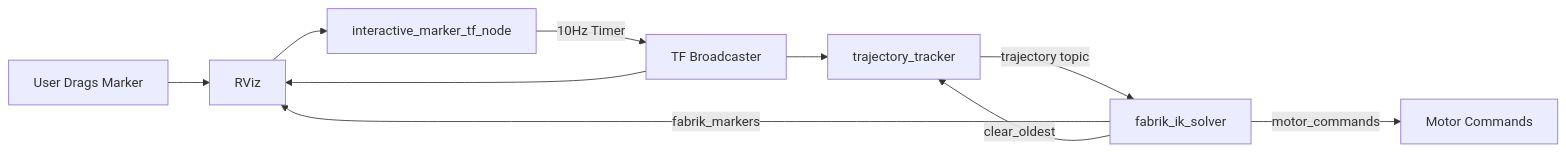
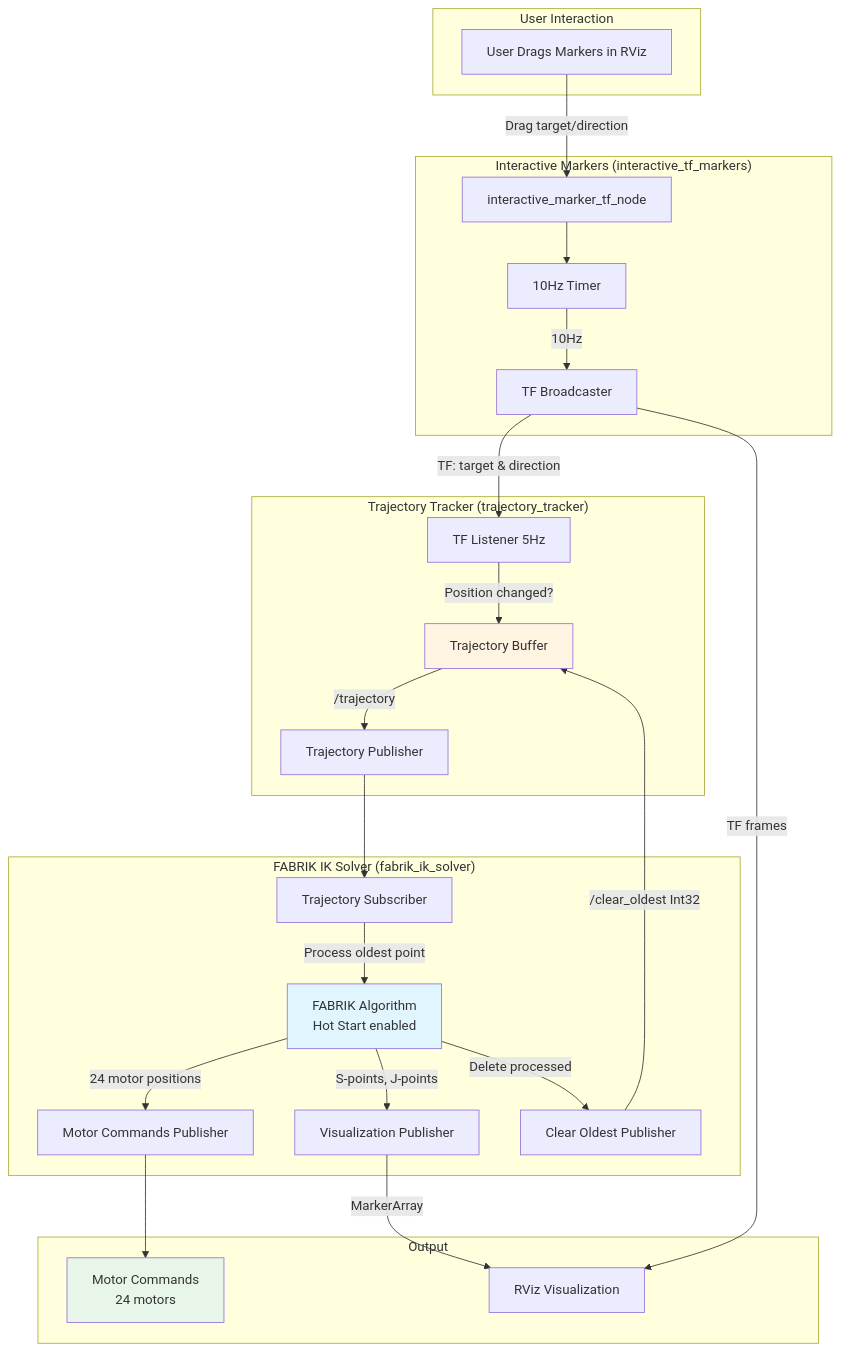
Before and after one commit to NanayasWorkshop/ros2_delta_robot: the diagram in ARCHITECTURE.md, drawn with Mermaid. The commit also changed other lines of this file and 2 other files, not shown here.

Commit message:
Add hot start optimization and approach point handling to FABRIK IK solver
- Hot start: Uses previous S/J points as starting position, reducing iterations from 50 to 5-7
- FABRIK solver instance persists across calls, storing last_s_points and last_j_points
- Approach point tracking: Detects when direction marker changes
- Adds 0.1mm offset to target when approach changes to force FABRIK iteration
- This ensures approach constraint is applied even when target position unchanged
- Added detailed logging to track hot start status and approach changes
- Updated ARCHITECTURE.md with detailed Mermaid diagram showing internal components
- Documented hot start mechanism and approach point handling in architecture

🤖 Generated with [Claude Code](https://claude.com/claude-code)

````diff
--- a/ARCHITECTURE.md
+++ b/ARCHITECTURE.md
@@ -8,12 +8,51 @@
 ```mermaid
-graph LR
-    USER[User Drags Marker] --> RVIZ[RViz]
-    RVIZ --> IM[interactive_marker_tf_node]
-    IM -->|10Hz Timer| TF[TF Broadcaster]
-    TF --> TRACKER[trajectory_tracker]
-    TF --> RVIZ
-    TRACKER -->|trajectory topic| FABRIK[fabrik_ik_solver]
-    FABRIK -->|motor_commands| MOTORS[Motor Commands]
-    FABRIK -->|fabrik_markers| RVIZ
-    FABRIK -->|clear_oldest| TRACKER
+graph TB
+    subgraph User["User Interaction"]
+        USER[User Drags Markers in RViz]
+    end
+
+    subgraph Markers["Interactive Markers (interactive_tf_markers)"]
+        IM[interactive_marker_tf_node]
+        TIMER[10Hz Timer]
+        TFPUB[TF Broadcaster]
+    end
+
+    subgraph Tracker["Trajectory Tracker (trajectory_tracker)"]
+        TFLISTEN[TF Listener 5Hz]
+        BUFFER[Trajectory Buffer]
+        TRAJ_PUB[Trajectory Publisher]
+    end
+
+    subgraph FABRIK["FABRIK IK Solver (fabrik_ik_solver)"]
+        IK_SUB[Trajectory Subscriber]
+        SOLVER[FABRIK Algorithm<br/>Hot Start enabled]
+        MOTORS_PUB[Motor Commands Publisher]
+        VIZ_PUB[Visualization Publisher]
+        CLEAR_PUB[Clear Oldest Publisher]
+    end
+
+    subgraph Output["Output"]
+        RVIZ[RViz Visualization]
+        MOTOR_CMD[Motor Commands<br/>24 motors]
+    end
+
+    USER -->|Drag target/direction| IM
+    IM --> TIMER
+    TIMER -->|10Hz| TFPUB
+    TFPUB -->|TF: target & direction| TFLISTEN
+    TFLISTEN -->|Position changed?| BUFFER
+    BUFFER -->|/trajectory| TRAJ_PUB
+    TRAJ_PUB --> IK_SUB
+    IK_SUB -->|Process oldest point| SOLVER
+    SOLVER -->|24 motor positions| MOTORS_PUB
+    SOLVER -->|S-points, J-points| VIZ_PUB
+    SOLVER -->|Delete processed| CLEAR_PUB
+    MOTORS_PUB --> MOTOR_CMD
+    VIZ_PUB -->|MarkerArray| RVIZ
+    TFPUB -->|TF frames| RVIZ
+    CLEAR_PUB -->|/clear_oldest Int32| BUFFER
+
+    style SOLVER fill:#e1f5ff
+    style BUFFER fill:#fff4e1
+    style MOTOR_CMD fill:#e8f5e9
 ```
````
